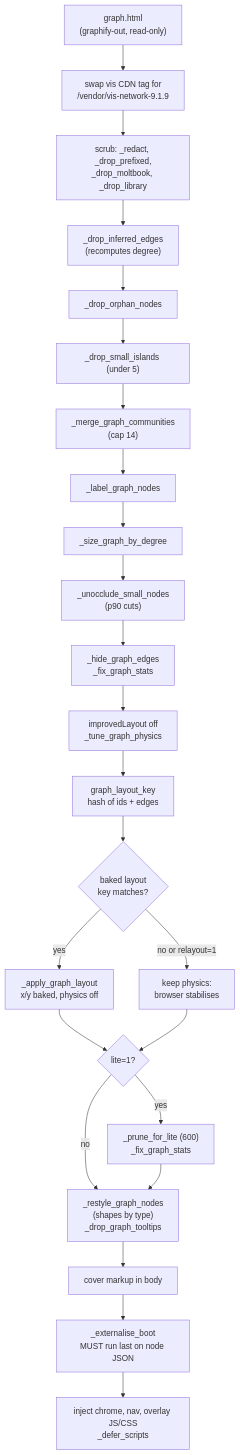
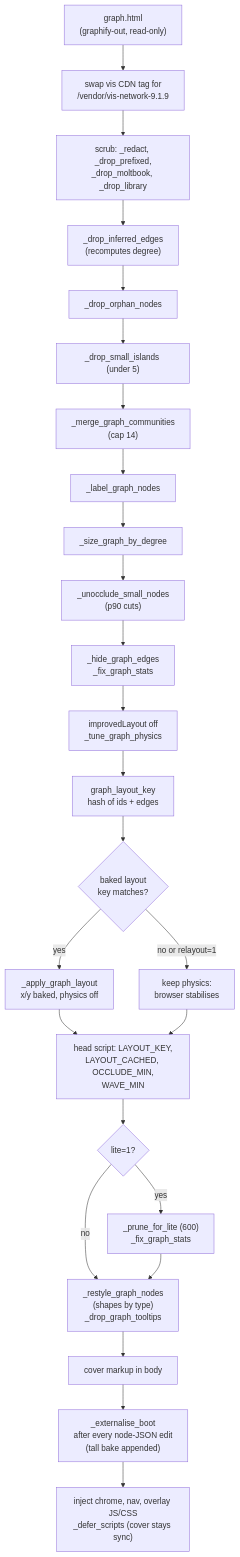
One commit to wai-lau/exec-fn changed the diagram in docs/arch/11-serve-pipeline.mmd. Above: the diagram before and after it, drawn with Mermaid. The commit also changed 42 other files, not shown here.

```diff
--- a/docs/arch/11-serve-pipeline.mmd
+++ b/docs/arch/11-serve-pipeline.mmd
@@ -1,24 +1,25 @@
 flowchart TD
   A["graph.html<br/>(graphify-out, read-only)"] --> V["swap vis CDN tag for<br/>/vendor/vis-network-9.1.9"]
   V --> S["scrub: _redact, _drop_prefixed,<br/>_drop_moltbook, _drop_library"]
   S --> E["_drop_inferred_edges<br/>(recomputes degree)"]
   E --> O["_drop_orphan_nodes"]
   O --> I["_drop_small_islands (under 5)"]
   I --> C["_merge_graph_communities<br/>(cap 14)"]
   C --> L["_label_graph_nodes"]
   L --> Z["_size_graph_by_degree"]
   Z --> U["_unocclude_small_nodes<br/>(p90 cuts)"]
   U --> H["_hide_graph_edges<br/>_fix_graph_stats"]
   H --> P["improvedLayout off<br/>_tune_graph_physics"]
   P --> K["graph_layout_key<br/>hash of ids + edges"]
   K --> B{"baked layout<br/>key matches?"}
   B -- "yes" --> AL["_apply_graph_layout<br/>x/y baked, physics off"]
   B -- "no or relayout=1" --> N["keep physics:<br/>browser stabilises"]
-  AL --> LT{"lite=1?"}
-  N --> LT
+  AL --> HD["head script: LAYOUT_KEY,<br/>LAYOUT_CACHED, OCCLUDE_MIN,<br/>WAVE_MIN"]
+  N --> HD
+  HD --> LT{"lite=1?"}
   LT -- "yes" --> PR["_prune_for_lite (600)<br/>_fix_graph_stats"]
   LT -- "no" --> R
   PR --> R["_restyle_graph_nodes<br/>(shapes by type)<br/>_drop_graph_tooltips"]
   R --> BO["cover markup in body"]
-  BO --> X["_externalise_boot<br/>MUST run last on node JSON"]
-  X --> J["inject chrome, nav, overlay JS/CSS<br/>_defer_scripts"]
+  BO --> X["_externalise_boot<br/>after every node-JSON edit<br/>(tall bake appended)"]
+  X --> J["inject chrome, nav, overlay JS/CSS<br/>_defer_scripts (cover stays sync)"]
```
